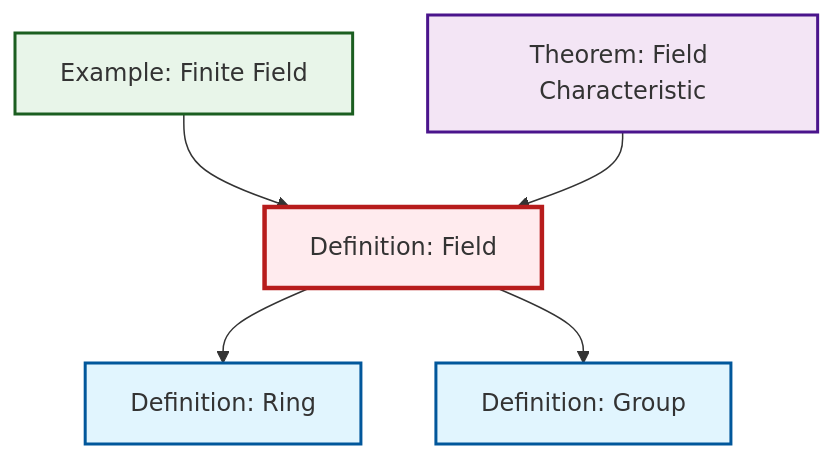
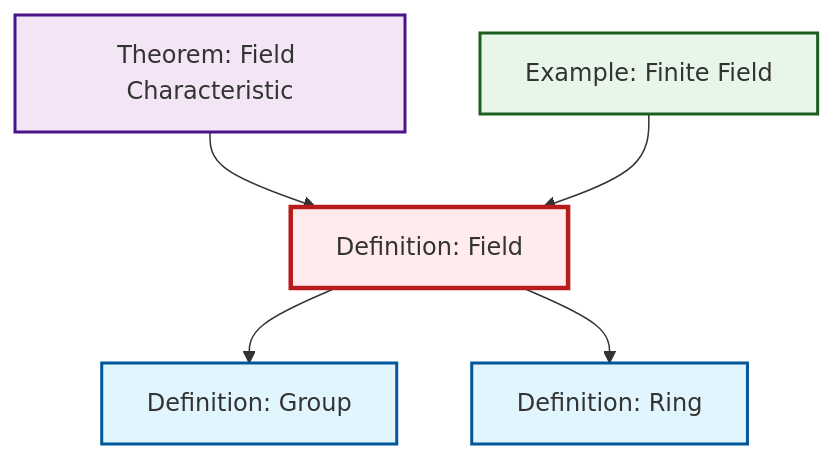
The diagram in output/mermaid/def-field.mermaid (RK0429/ModernMath), drawn with Mermaid before and after one commit. The commit also changed other lines of this file and 732 other files, not shown here.

````diff
--- a/output/mermaid/def-field.mermaid
+++ b/output/mermaid/def-field.mermaid
@@ -1,19 +1,19 @@
 ```{mermaid}
 %%| fig-cap: "Local dependency graph"
 graph TD
     classDef definition fill:#e1f5fe,stroke:#01579b,stroke-width:2px
     classDef theorem fill:#f3e5f5,stroke:#4a148c,stroke-width:2px
     classDef axiom fill:#fff3e0,stroke:#e65100,stroke-width:2px
     classDef example fill:#e8f5e9,stroke:#1b5e20,stroke-width:2px
     classDef current fill:#ffebee,stroke:#b71c1c,stroke-width:3px
-    def-field["Definition: Field"]:::definition
-    def-group["Definition: Group"]:::definition
     thm-field-characteristic["Theorem: Field Characteristic"]:::theorem
     ex-finite-field["Example: Finite Field"]:::example
+    def-group["Definition: Group"]:::definition
+    def-field["Definition: Field"]:::definition
     def-ring["Definition: Ring"]:::definition
+    def-field --> def-group
+    thm-field-characteristic --> def-field
     def-field --> def-ring
-    def-field --> def-group
     ex-finite-field --> def-field
-    thm-field-characteristic --> def-field
     class def-field current
 ```
````
